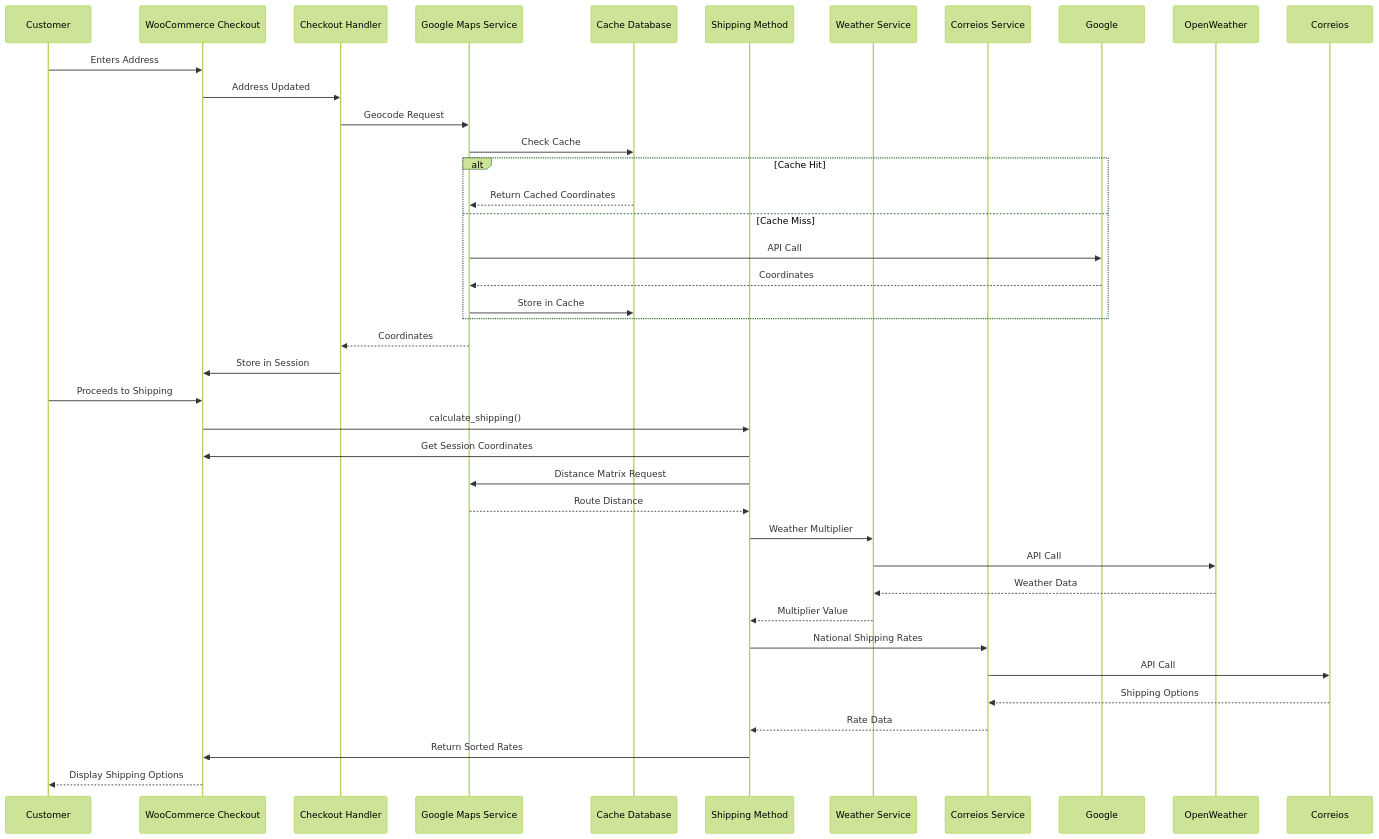
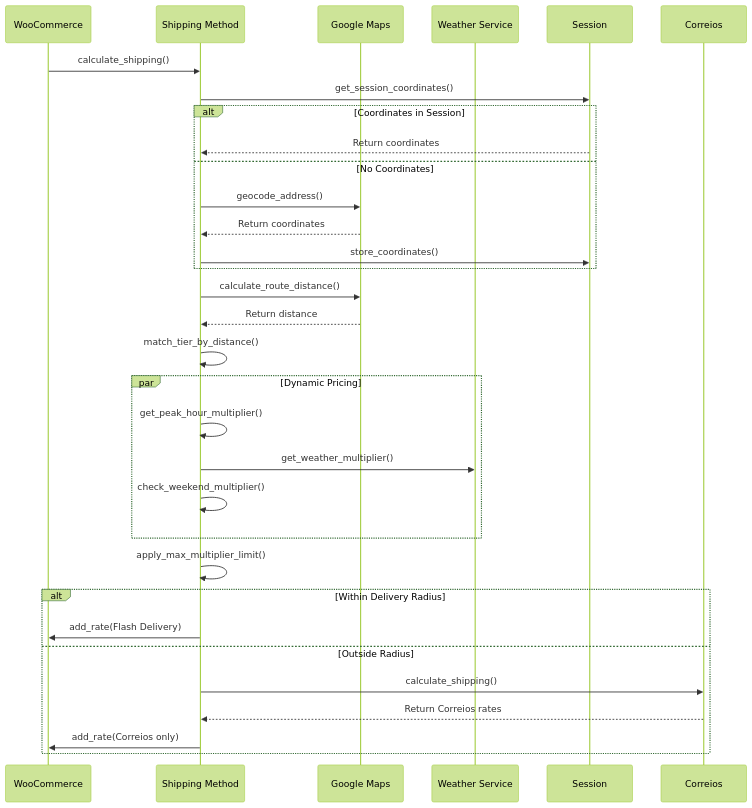
One commit to gustavofullstack/Woo_envios changed the second of 5 diagrams in docs/ARCHITECTURE.md. Above: the diagram before and after it, drawn with Mermaid (forest theme). The commit also changed other lines of this file and 5 other files, not shown here.

````diff
--- a/docs/ARCHITECTURE.md
+++ b/docs/ARCHITECTURE.md
@@ -261,43 +176,40 @@
 ```mermaid
 sequenceDiagram
-    participant C as Customer
-    participant WC as WooCommerce Checkout
-    participant CH as Checkout Handler
-    participant GM as Google Maps Service
-    participant DB as Cache Database
+    participant WC as WooCommerce
     participant SM as Shipping Method
-    participant WT as Weather Service
-    participant CR as Correios Service
+    participant GM as Google Maps
+    participant WS as Weather Service
+    participant SESS as Session
+    participant COR as Correios
     
-    C->>WC: Enters Address
-    WC->>CH: Address Updated
-    CH->>GM: Geocode Request
-    GM->>DB: Check Cache
-    alt Cache Hit
-        DB-->>GM: Return Cached Coordinates
-    else Cache Miss
-        GM->>Google: API Call
-        Google-->>GM: Coordinates
-        GM->>DB: Store in Cache
+    WC->>SM: calculate_shipping()
+    SM->>SESS: get_session_coordinates()
+    alt Coordinates in Session
+        SESS-->>SM: Return coordinates
+    else No Coordinates
+        SM->>GM: geocode_address()
+        GM-->>SM: Return coordinates
+        SM->>SESS: store_coordinates()
     end
-    GM-->>CH: Coordinates
-    CH->>WC: Store in Session
     
-    C->>WC: Proceeds to Shipping
-    WC->>SM: calculate_shipping()
-    SM->>WC: Get Session Coordinates
-    SM->>GM: Distance Matrix Request
-    GM-->>SM: Route Distance
-    SM->>WT: Weather Multiplier
-    WT->>OpenWeather: API Call
-    OpenWeather-->>WT: Weather Data
-    WT-->>SM: Multiplier Value
+    SM->>GM: calculate_route_distance()
+    GM-->>SM: Return distance
     
-    SM->>CR: National Shipping Rates
-    CR->>Correios: API Call
-    Correios-->>CR: Shipping Options
-    CR-->>SM: Rate Data
+    SM->>SM: match_tier_by_distance()
     
-    SM->>WC: Return Sorted Rates
-    WC-->>C: Display Shipping Options
+    par Dynamic Pricing
+        SM->>SM: get_peak_hour_multiplier()
+        SM->>WS: get_weather_multiplier()
+        SM->>SM: check_weekend_multiplier()
+    end
+    
+    SM->>SM: apply_max_multiplier_limit()
+    
+    alt Within Delivery Radius
+        SM->>WC: add_rate(Flash Delivery)
+    else Outside Radius
+        SM->>COR: calculate_shipping()
+        COR-->>SM: Return Correios rates
+        SM->>WC: add_rate(Correios only)
+    end
 ```
````
